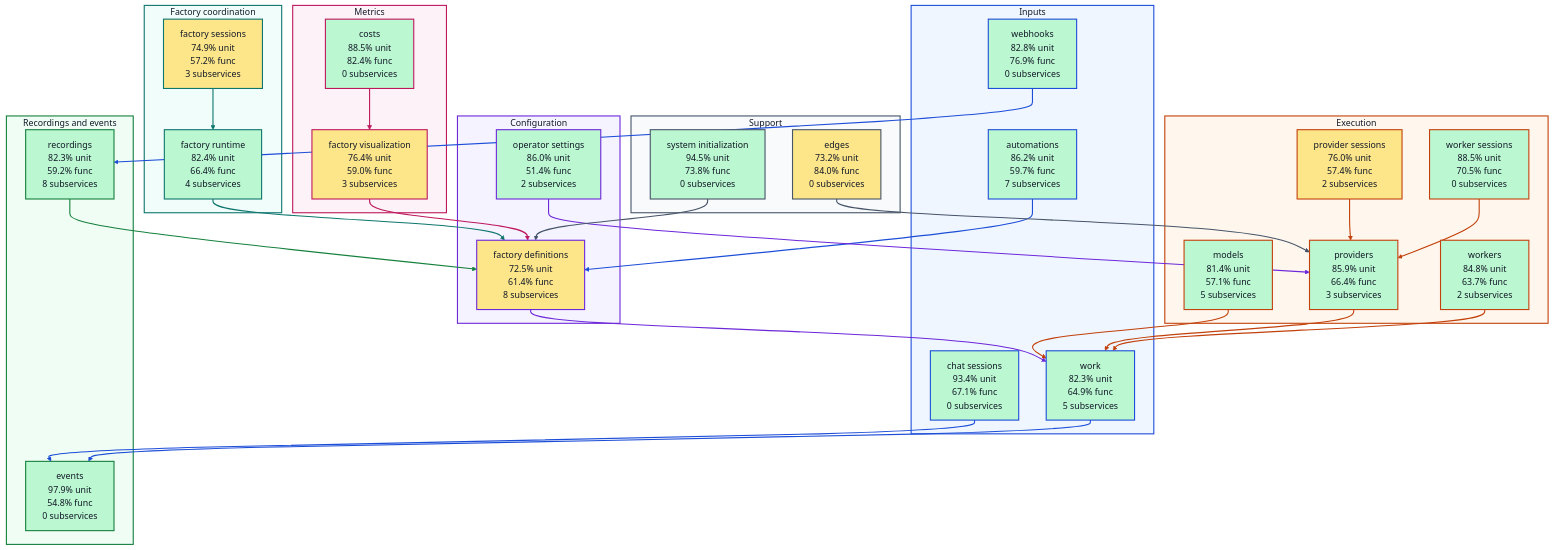
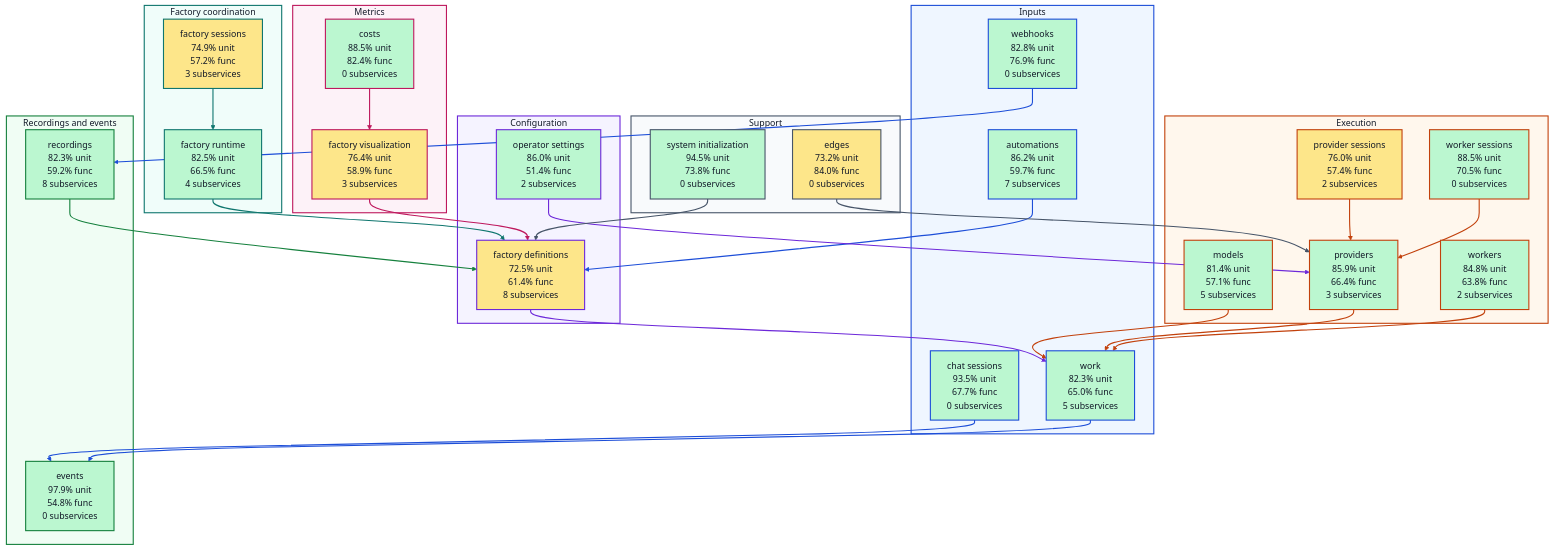
One commit to portpowered/you-agent-factory changed the diagram in docs/architecture/visualizations/high-level-test-coverage.md. Above: the diagram before and after it, drawn with Mermaid. The commit also changed other lines of this file and 20 other files, not shown here.

Commit message:
docs: refresh backend architecture visualizations

```diff
--- a/docs/architecture/visualizations/high-level-test-coverage.md
+++ b/docs/architecture/visualizations/high-level-test-coverage.md
@@ -12,16 +12,16 @@
 flowchart TB
   subgraph input["Inputs"]
     s_services_automations["automations<br/>86.2% unit<br/>59.7% func<br/>7 subservices"]
-    s_services_chat_sessions["chat sessions<br/>93.4% unit<br/>67.1% func<br/>0 subservices"]
+    s_services_chat_sessions["chat sessions<br/>93.5% unit<br/>67.7% func<br/>0 subservices"]
     s_services_webhooks["webhooks<br/>82.8% unit<br/>76.9% func<br/>0 subservices"]
-    s_services_work["work<br/>82.3% unit<br/>64.9% func<br/>5 subservices"]
+    s_services_work["work<br/>82.3% unit<br/>65.0% func<br/>5 subservices"]
   end
   subgraph configuration["Configuration"]
     s_services_factory_definitions["factory definitions<br/>72.5% unit<br/>61.4% func<br/>8 subservices"]
     s_services_operator_settings["operator settings<br/>86.0% unit<br/>51.4% func<br/>2 subservices"]
   end
   subgraph coordination["Factory coordination"]
-    s_services_factory_runtime["factory runtime<br/>82.4% unit<br/>66.4% func<br/>4 subservices"]
+    s_services_factory_runtime["factory runtime<br/>82.5% unit<br/>66.5% func<br/>4 subservices"]
     s_services_factory_sessions["factory sessions<br/>74.9% unit<br/>57.2% func<br/>3 subservices"]
   end
   subgraph execution["Execution"]
@@ -29,7 +29,7 @@
     s_services_provider_sessions["provider sessions<br/>76.0% unit<br/>57.4% func<br/>2 subservices"]
     s_services_providers["providers<br/>85.9% unit<br/>66.4% func<br/>3 subservices"]
     s_services_worker_sessions["worker sessions<br/>88.5% unit<br/>70.5% func<br/>0 subservices"]
-    s_services_workers["workers<br/>84.8% unit<br/>63.7% func<br/>2 subservices"]
+    s_services_workers["workers<br/>84.8% unit<br/>63.8% func<br/>2 subservices"]
   end
   subgraph recordings["Recordings and events"]
     s_services_events["events<br/>97.9% unit<br/>54.8% func<br/>0 subservices"]
@@ -37,7 +37,7 @@
   end
   subgraph metrics["Metrics"]
     s_services_costs["costs<br/>88.5% unit<br/>82.4% func<br/>0 subservices"]
-    s_services_factory_visualization["factory visualization<br/>76.4% unit<br/>59.0% func<br/>3 subservices"]
+    s_services_factory_visualization["factory visualization<br/>76.4% unit<br/>58.9% func<br/>3 subservices"]
   end
   subgraph support["Support"]
     s_services_edges["edges<br/>73.2% unit<br/>84.0% func<br/>0 subservices"]
```
